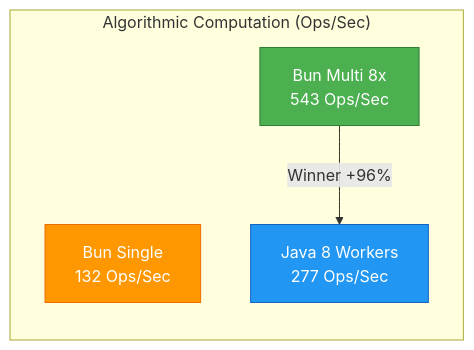
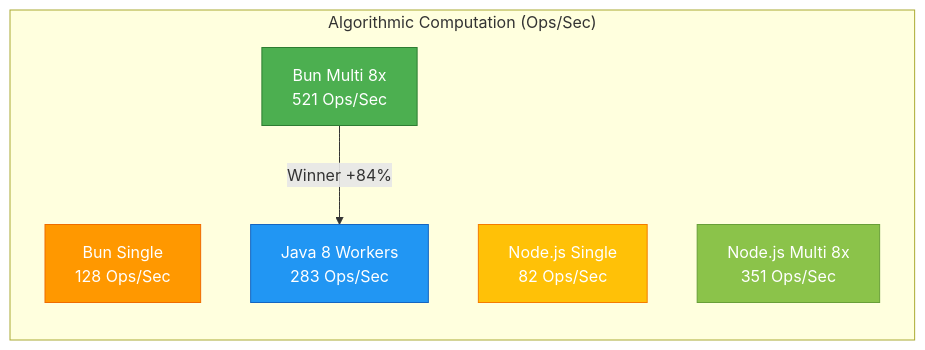
One commit to Frtrillo/benchmark-nodejs-java-process-mqtt-payloads changed the third of 5 diagrams in readme.md. Above: the diagram before and after it, drawn with Mermaid. The commit also changed other lines of this file and 1 other file, not shown here.

Commit message:
mejora benchmark añadido node tmb

````diff
--- a/readme.md
+++ b/readme.md
@@ -188,14 +196,18 @@
 ```mermaid
 graph LR
     subgraph "Algorithmic Computation (Ops/Sec)"
-        D[Bun Single<br/>132 Ops/Sec] 
-        E[Bun Multi 8x<br/>543 Ops/Sec]
-        F[Java 8 Workers<br/>277 Ops/Sec]
+        A[Bun Single<br/>128 Ops/Sec] 
+        B[Bun Multi 8x<br/>521 Ops/Sec]
+        C[Node.js Single<br/>82 Ops/Sec]
+        D[Node.js Multi 8x<br/>351 Ops/Sec]
+        E[Java 8 Workers<br/>283 Ops/Sec]
     end
     
-    E --> |Winner +96%| F
+    B --> |Winner +84%| E
     
-    style E fill:#4CAF50,stroke:#2E7D32,color:#fff
-    style F fill:#2196F3,stroke:#1565C0,color:#fff
-    style D fill:#FF9800,stroke:#EF6C00,color:#fff
+    style B fill:#4CAF50,stroke:#2E7D32,color:#fff
+    style D fill:#8BC34A,stroke:#689F38,color:#fff
+    style E fill:#2196F3,stroke:#1565C0,color:#fff
+    style A fill:#FF9800,stroke:#EF6C00,color:#fff
+    style C fill:#FFC107,stroke:#F57C00,color:#fff
 ```
````
